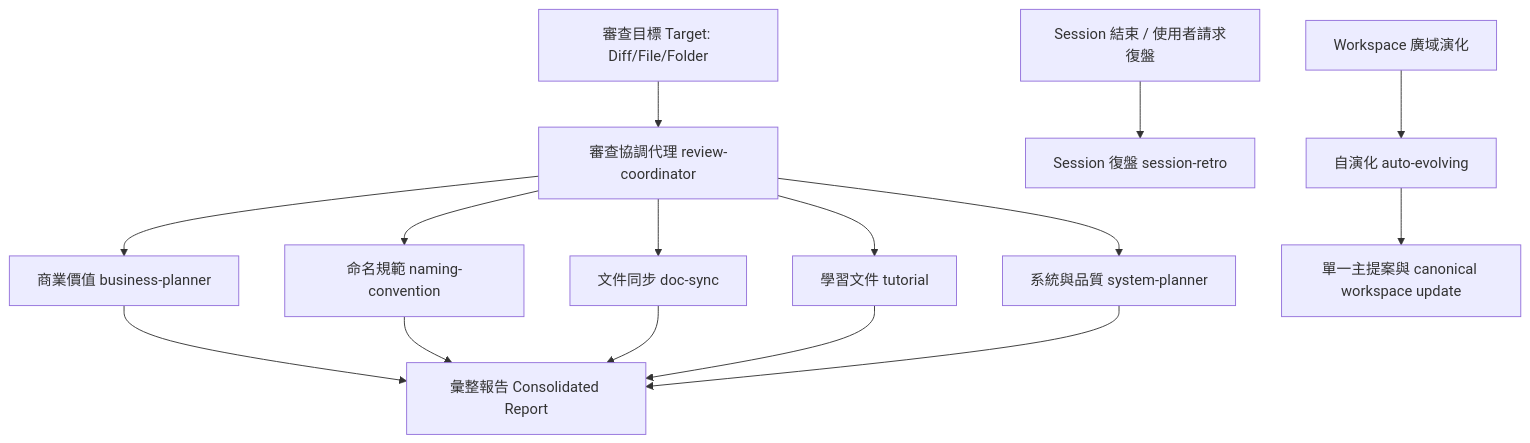
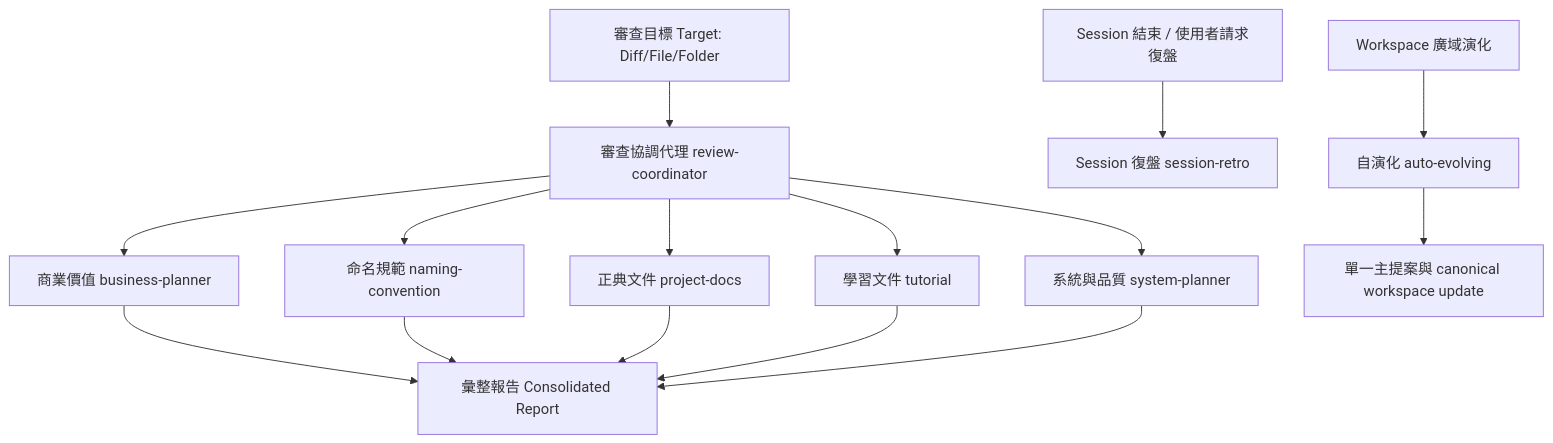
One commit to BizShuk/cc-plugin changed the diagram in plugins/review/README.md. Above: the diagram before and after it, drawn with Mermaid. The commit also changed other lines of this file and 11 other files, not shown here.

Commit message:
refactor: replace doc-sync skill with project-docs and migrate associated metadata and documentation.

````diff
--- a/plugins/review/README.md
+++ b/plugins/review/README.md
@@ -15,17 +15,17 @@
 ```mermaid
 graph TD
     Target[審查目標 Target: Diff/File/Folder] --> Coordinator[審查協調代理 review-coordinator]
     Coordinator --> S1[商業價值 business-planner]
     Coordinator --> S2[命名規範 naming-convention]
-    Coordinator --> S3[文件同步 doc-sync]
+    Coordinator --> S3[正典文件 project-docs]
     Coordinator --> S4[學習文件 tutorial]
     Coordinator --> S5[系統與品質 system-planner]
     S1 --> Report[彙整報告 Consolidated Report]
     S2 --> Report
     S3 --> Report
     S4 --> Report
     S5 --> Report
     Session[Session 結束 / 使用者請求復盤] --> S6[Session 復盤 session-retro]
     Workspace[Workspace 廣域演化] --> Evolve[自演化 auto-evolving]
     Evolve --> MainFlow[單一主提案與 canonical workspace update]
 ```
````
